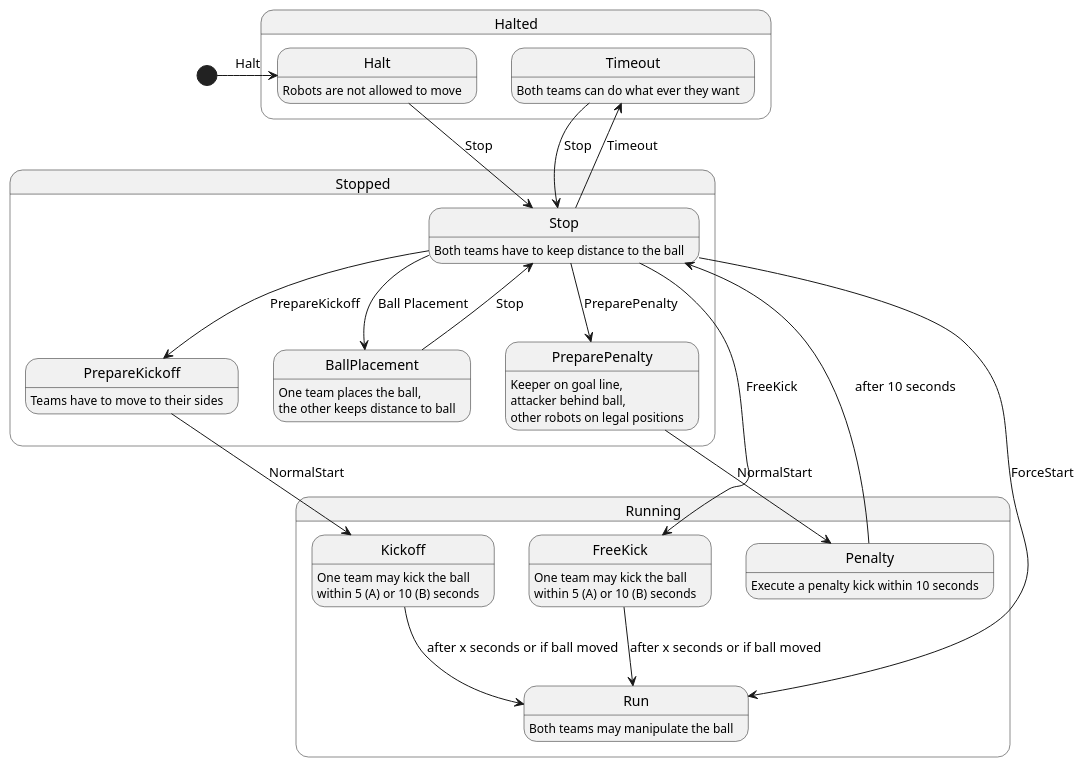
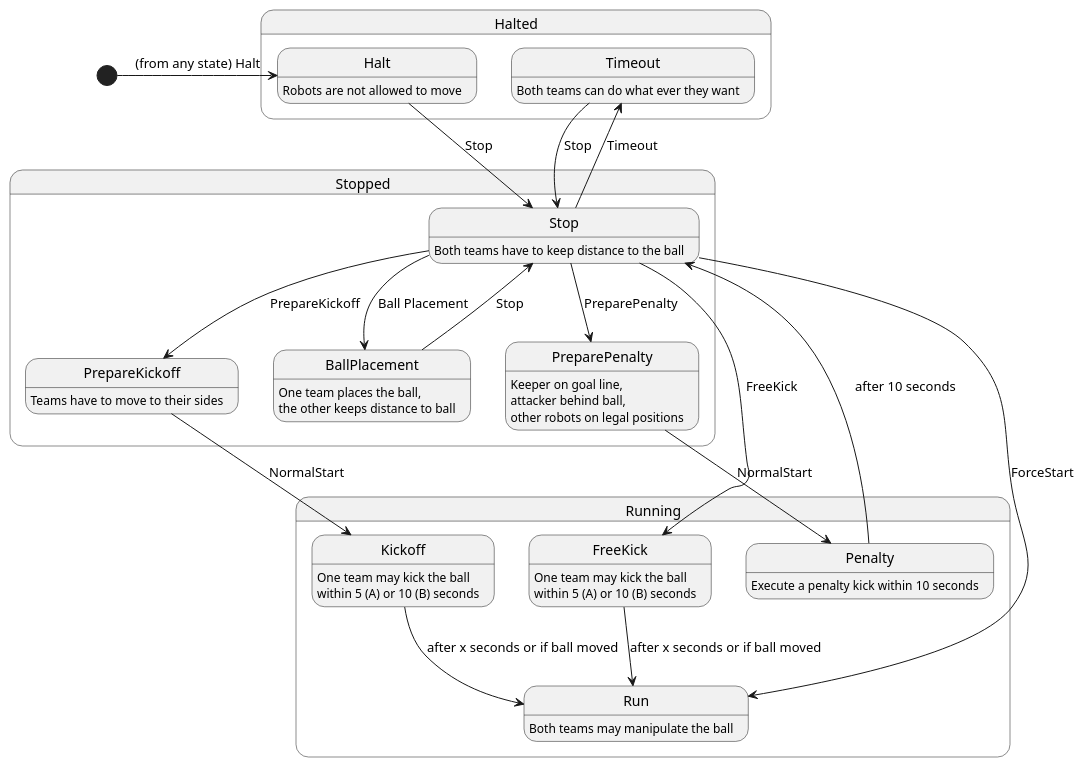
The diagram in chapters/appendix.adoc (RoboCup-SSL/ssl-rules), drawn with PlantUML before and after one commit.

Commit message:
Add a note that halt can be entered from any state

```diff
--- a/chapters/appendix.adoc
+++ b/chapters/appendix.adoc
@@ -9,68 +9,66 @@
 [plantuml, target=game-states, format=svg]
 ....
 @startuml
-
 state Halted {
     state Halt {
     }
     state Timeout {
     }
 }
 
 state Stopped {
     state Stop {
     }
     state BallPlacement {
     }
     state PrepareKickoff {
     }
     state PreparePenalty {
     }
 }
 
 state Running {
     state Run {
     }
     state FreeKick {
     }
     state Kickoff {
     }
     state Penalty {
     }
 }
 
 Halt: Robots are not allowed to move
 Timeout: Both teams can do what ever they want
 Stop: Both teams have to keep distance to the ball
 PrepareKickoff: Teams have to move to their sides
 BallPlacement: One team places the ball,\nthe other keeps distance to ball
 PreparePenalty: Keeper on goal line,\nattacker behind ball,\nother robots on legal positions
 Kickoff: One team may kick the ball\nwithin 5 (A) or 10 (B) seconds
 FreeKick: One team may kick the ball\nwithin 5 (A) or 10 (B) seconds
 Penalty: Execute a penalty kick within 10 seconds
 Run: Both teams may manipulate the ball
 
-[*] -> Halt: Halt
+[*] -> Halt: (from any state) Halt
 
 Halt --> Stop: Stop
 Stop --> Timeout: Timeout
 Timeout --> Stop: Stop
 
 Stop --> BallPlacement: Ball Placement
 BallPlacement --> Stop: Stop
 
 Stop --> PrepareKickoff: PrepareKickoff
 PrepareKickoff --> Kickoff: NormalStart
 Kickoff --> Run: after x seconds or if ball moved
 
 Stop --> FreeKick: FreeKick
 FreeKick --> Run: after x seconds or if ball moved
 
 Stop --> Run: ForceStart
 
 Stop --> PreparePenalty: PreparePenalty
 PreparePenalty --> Penalty: NormalStart
 Penalty --> Stop: after 10 seconds
-
 @enduml
 ....
```
